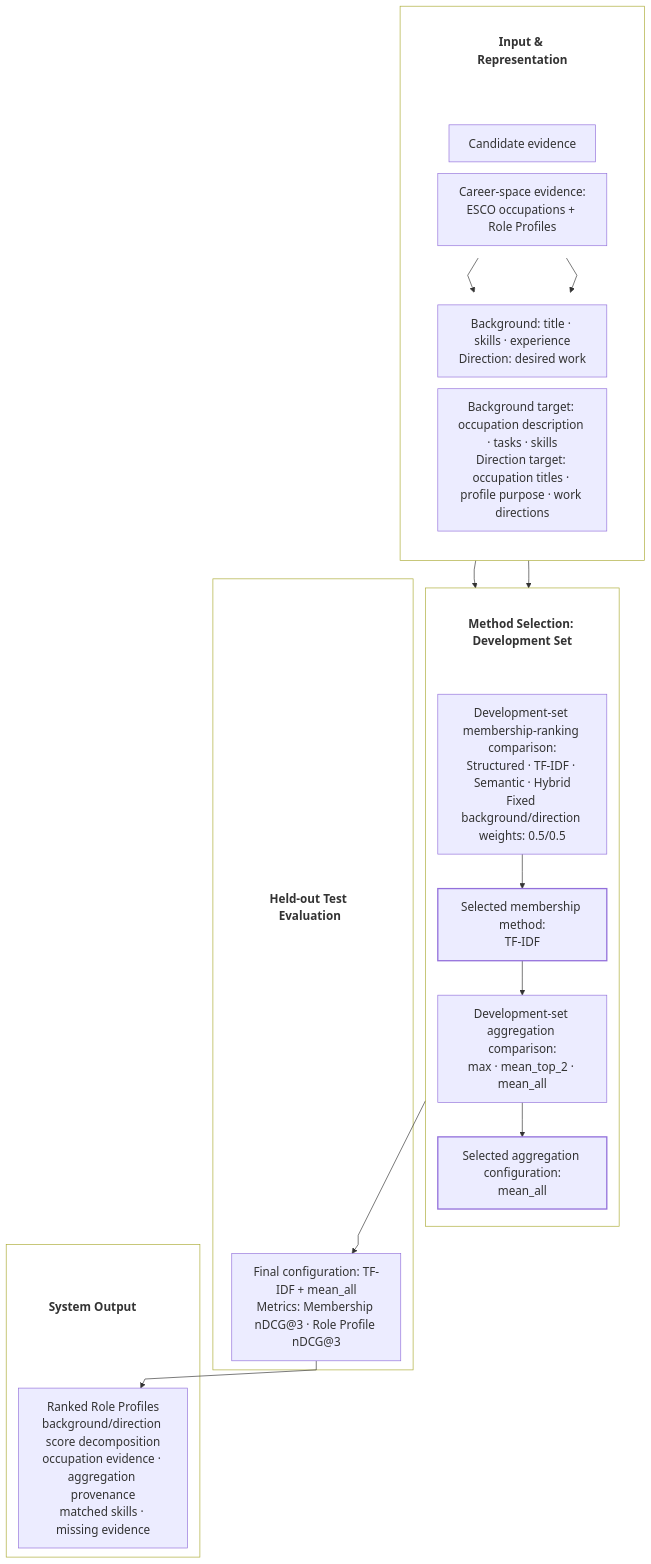
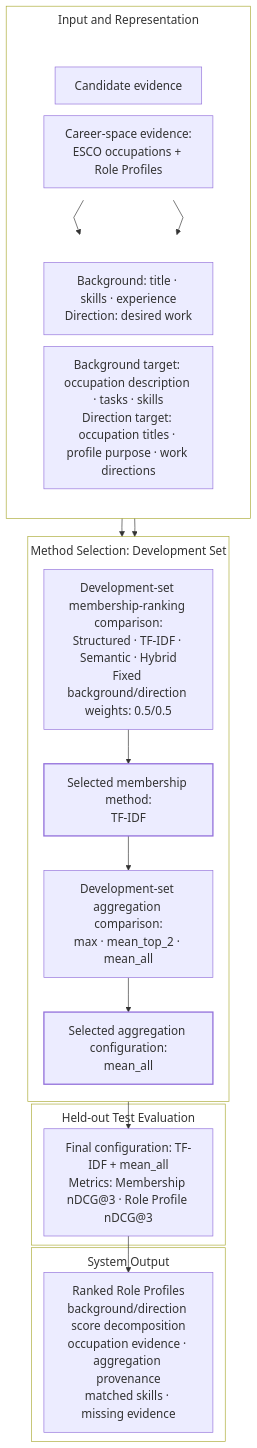
Before and after one commit to 813P/career-decision-support-system: the diagram in README.md, drawn with Mermaid.

Commit message:
Restore vertical README diagram layout

````diff
--- a/README.md
+++ b/README.md
@@ -29,58 +29,48 @@
 ```mermaid
-%%{init: {"themeVariables": {"fontSize": "18px"}, "flowchart": {"curve": "linear", "nodeSpacing": 18, "rankSpacing": 28}}}%%
+%%{init: {"themeVariables": {"fontSize": "18px"}, "flowchart": {"curve": "linear", "nodeSpacing": 18, "rankSpacing": 28, "subGraphTitleMargin": {"top": 8, "bottom": 16}}}}%%
 flowchart TB
-    subgraph I[" "]
+    subgraph I["Input and Representation"]
         direction TB
-        IH["Input & Representation"]
         subgraph H[" "]
             direction LR
             C0["Candidate evidence"]
             T0["Career-space evidence:<br/>ESCO occupations + Role Profiles"]
         end
         subgraph F[" "]
             direction LR
             C1["Background: title · skills · experience<br/>Direction: desired work"]
             T1["Background target: occupation description · tasks · skills<br/>Direction target: occupation titles · profile purpose · work directions"]
         end
-        IH ~~~ H
         C0 --> C1
         T0 --> T1
     end
 
-    subgraph D[" "]
+    subgraph D["Method Selection: Development Set"]
         direction TB
-        DH["Method Selection: Development Set"]
         E["Development-set membership-ranking comparison:<br/>Structured · TF-IDF · Semantic · Hybrid<br/>Fixed background/direction weights: 0.5/0.5"]
         M["Selected membership method:<br/>TF-IDF"]
         A["Development-set aggregation comparison:<br/>max · mean_top_2 · mean_all"]
         G["Selected aggregation configuration:<br/>mean_all"]
-        DH ~~~ E
         E --> M --> A --> G
     end
 
-    subgraph V[" "]
-        VH["Held-out Test Evaluation"]
+    subgraph V["Held-out Test Evaluation"]
         Q["Final configuration: TF-IDF + mean_all<br/>Metrics: Membership nDCG@3 · Role Profile nDCG@3"]
-        VH ~~~ Q
     end
 
-    subgraph S[" "]
-        SH["System Output"]
+    subgraph S["System Output"]
         O["Ranked Role Profiles<br/>background/direction score decomposition<br/>occupation evidence · aggregation provenance<br/>matched skills · missing evidence"]
-        SH ~~~ O
     end
 
     C1 --> E
     T1 --> E
     G --> Q --> O
     style I fill:transparent,stroke-width:1px
     style D fill:transparent,stroke-width:1px
     style V fill:transparent,stroke-width:1px
     style S fill:transparent,stroke-width:1px
     style H fill:transparent,stroke:transparent
     style F fill:transparent,stroke:transparent
-    classDef section fill:transparent,stroke:transparent,font-weight:bold
     classDef selected stroke-width:2px
-    class IH,DH,VH,SH section
     class M,G selected
 ```
````
